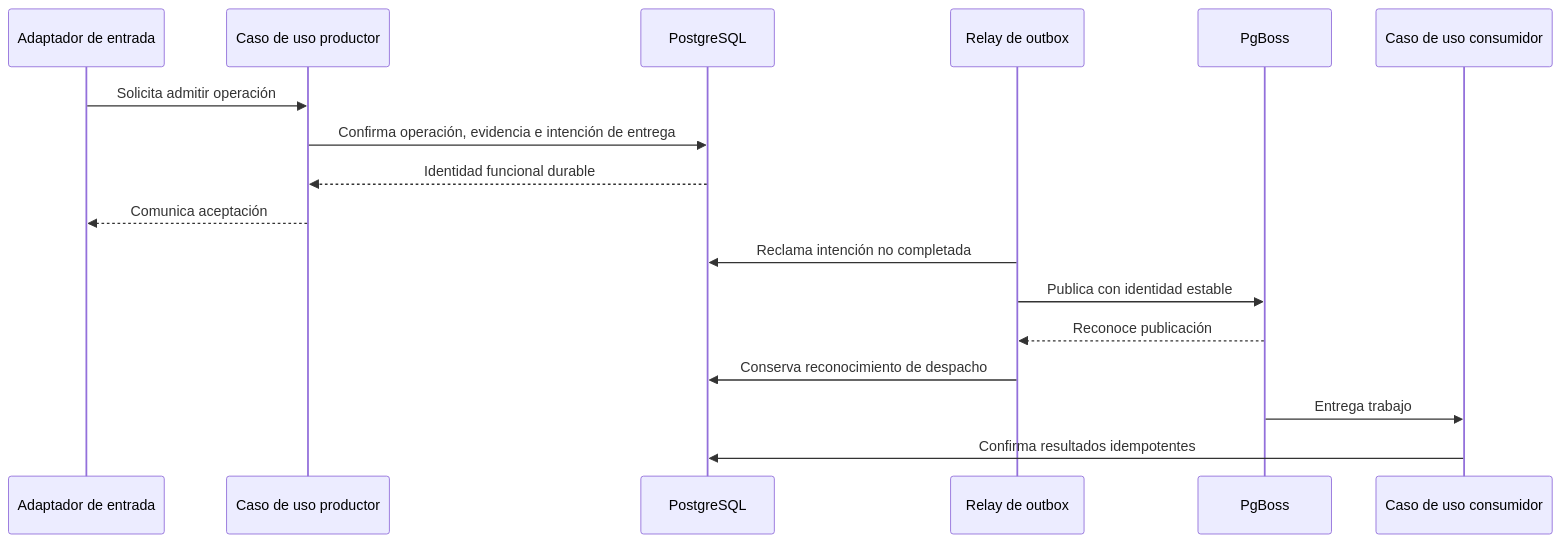
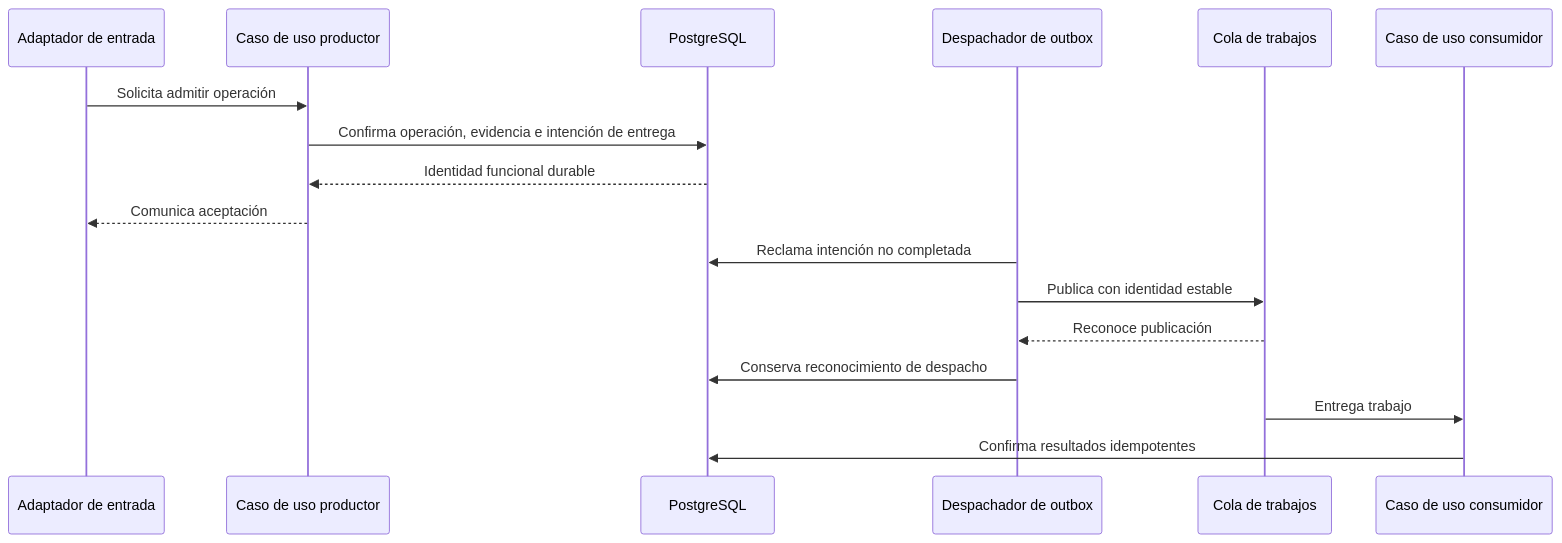
Before and after one commit to EderPanta18/academic-management-api: the diagram in docs/08-persistence/04-durability-and-recovery.md, drawn with Mermaid. The commit also changed other lines of this file and 19 other files, not shown here.

````diff
--- a/docs/08-persistence/04-durability-and-recovery.md
+++ b/docs/08-persistence/04-durability-and-recovery.md
@@ -19,20 +19,20 @@
 ```mermaid
 sequenceDiagram
     participant IN as Adaptador de entrada
     participant APP as Caso de uso productor
     participant DB as PostgreSQL
-    participant REL as Relay de outbox
-    participant Q as PgBoss
+    participant REL as Despachador de outbox
+    participant Q as Cola de trabajos
     participant WORK as Caso de uso consumidor
 
     IN->>APP: Solicita admitir operación
     APP->>DB: Confirma operación, evidencia e intención de entrega
     DB-->>APP: Identidad funcional durable
     APP-->>IN: Comunica aceptación
     REL->>DB: Reclama intención no completada
     REL->>Q: Publica con identidad estable
     Q-->>REL: Reconoce publicación
     REL->>DB: Conserva reconocimiento de despacho
     Q->>WORK: Entrega trabajo
     WORK->>DB: Confirma resultados idempotentes
 ```
````
